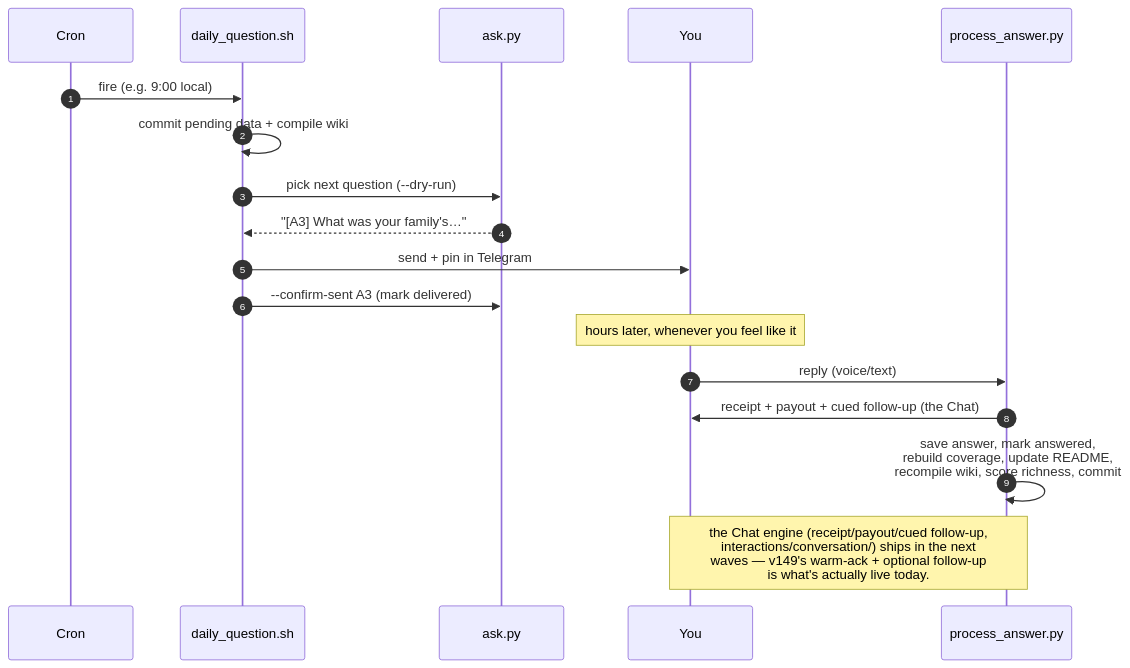
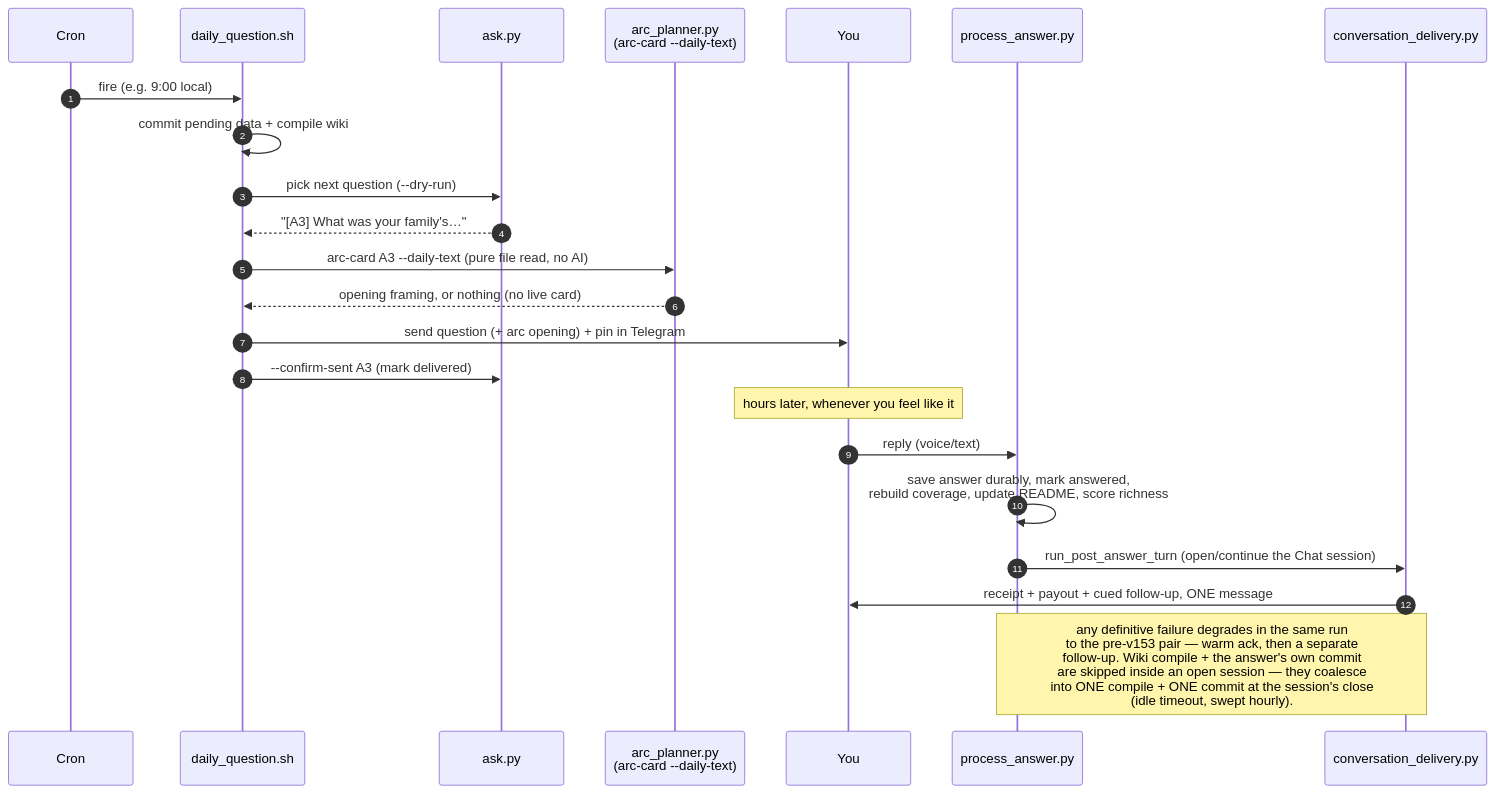
One commit to lifehug/lifehug changed the second of 9 diagrams in README.md. Above: the diagram before and after it, drawn with Mermaid. The commit also changed other lines of this file and 13 other files, not shown here.

````diff
--- a/README.md
+++ b/README.md
@@ -126,21 +139,26 @@
 ```mermaid
 sequenceDiagram
     autonumber
     participant Cron
     participant DQ as daily_question.sh
     participant Ask as ask.py
+    participant AC as arc_planner.py<br/>(arc-card --daily-text)
     participant You
     participant PA as process_answer.py
+    participant CD as conversation_delivery.py
 
     Cron->>DQ: fire (e.g. 9:00 local)
     DQ->>DQ: commit pending data + compile wiki
     DQ->>Ask: pick next question (--dry-run)
     Ask-->>DQ: "[A3] What was your family's…"
-    DQ->>You: send + pin in Telegram
+    DQ->>AC: arc-card A3 --daily-text (pure file read, no AI)
+    AC-->>DQ: opening framing, or nothing (no live card)
+    DQ->>You: send question (+ arc opening) + pin in Telegram
     DQ->>Ask: --confirm-sent A3 (mark delivered)
     Note over You: hours later, whenever you feel like it
     You->>PA: reply (voice/text)
-    PA->>You: receipt + payout + cued follow-up (the Chat)
-    PA->>PA: save answer, mark answered,<br/>rebuild coverage, update README,<br/>recompile wiki, score richness, commit
-    Note over PA,You: the Chat engine (receipt/payout/cued follow-up,<br/>interactions/conversation/) ships in the next<br/>waves — v149's warm-ack + optional follow-up<br/>is what's actually live today.
+    PA->>PA: save answer durably, mark answered,<br/>rebuild coverage, update README, score richness
+    PA->>CD: run_post_answer_turn (open/continue the Chat session)
+    CD->>You: receipt + payout + cued follow-up, ONE message
+    Note over PA,CD: any definitive failure degrades in the same run<br/>to the pre-v153 pair — warm ack, then a separate<br/>follow-up. Wiki compile + the answer's own commit<br/>are skipped inside an open session — they coalesce<br/>into ONE compile + ONE commit at the session's close<br/>(idle timeout, swept hourly).
 ```
````
